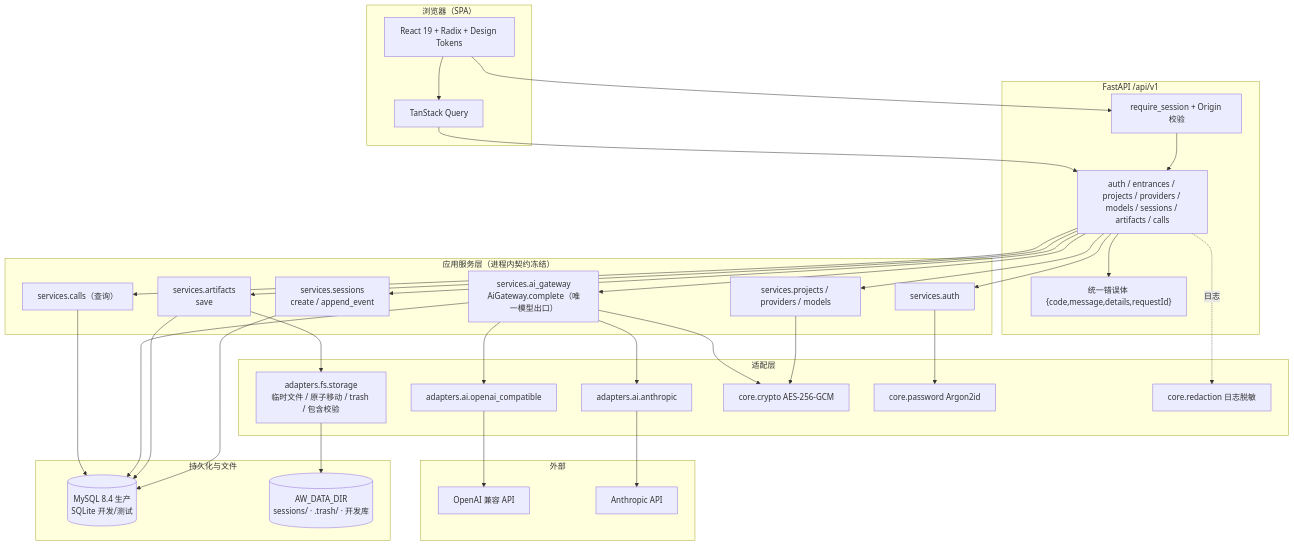
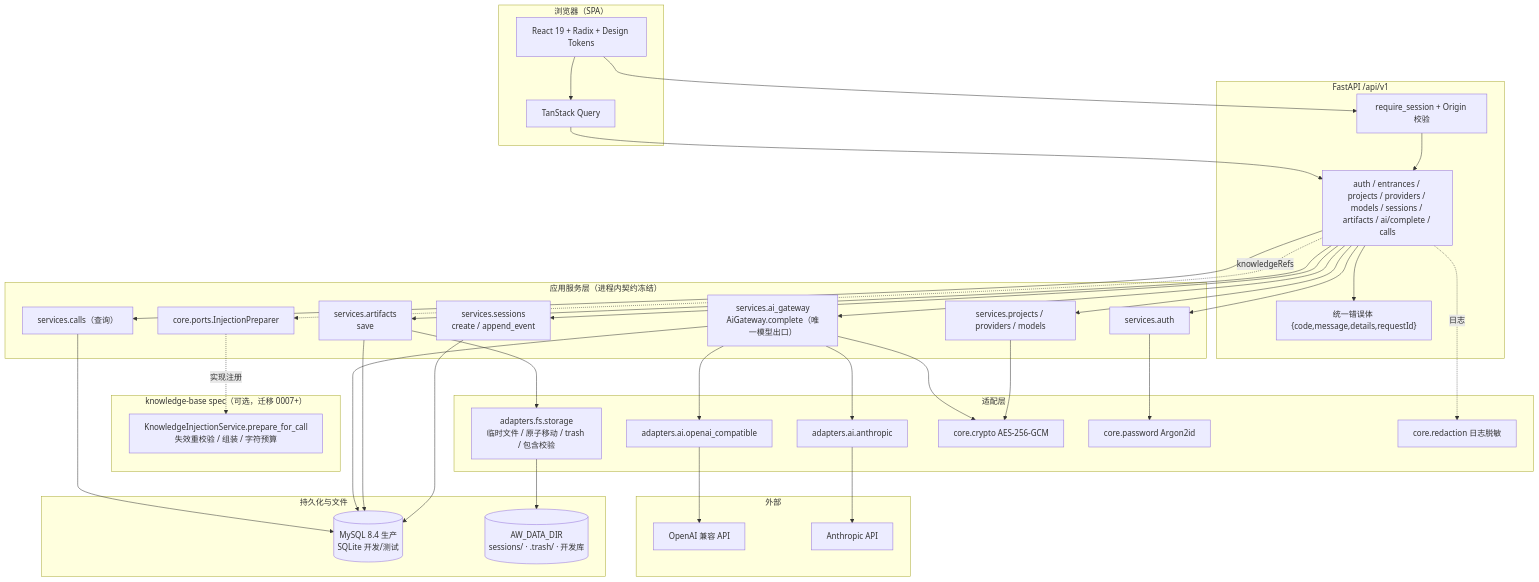
The first of 8 diagrams in specs/ai-test-workbench_20261117184149/technical-design/docs/flowchart.md (alontest/ai-test-workbench), drawn with Mermaid before and after one commit. The commit also changed other lines of this file and 53 other files, not shown here.

````diff
--- a/specs/ai-test-workbench_20261117184149/technical-design/docs/flowchart.md
+++ b/specs/ai-test-workbench_20261117184149/technical-design/docs/flowchart.md
@@ -7,67 +8,74 @@
 ```mermaid
 graph TB
   subgraph Browser["浏览器（SPA）"]
     UI["React 19 + Radix + Design Tokens"]
     Q["TanStack Query"]
     UI --> Q
   end
 
   subgraph API["FastAPI /api/v1"]
     AUTHMW["require_session + Origin 校验"]
-    ROUTES["auth / entrances / projects / providers / models / sessions / artifacts / calls"]
+    ROUTES["auth / entrances / projects / providers / models / sessions / artifacts / ai/complete / calls"]
     ERR["统一错误体 {code,message,details,requestId}"]
     AUTHMW --> ROUTES
     ROUTES --> ERR
   end
 
   subgraph Services["应用服务层（进程内契约冻结）"]
     SA["services.auth"]
     SP["services.projects / providers / models"]
     SS["services.sessions<br/>create / append_event"]
     SAR["services.artifacts<br/>save"]
     AG["services.ai_gateway<br/>AiGateway.complete（唯一模型出口）"]
     SC["services.calls（查询）"]
+    PORT["core.ports.InjectionPreparer"]
+  end
+
+  subgraph KB["knowledge-base spec（可选，迁移 0007+）"]
+    KBS["KnowledgeInjectionService.prepare_for_call<br/>失效重校验 / 组装 / 字符预算"]
   end
 
   subgraph Adapters["适配层"]
     AIO["adapters.ai.openai_compatible"]
     AIA["adapters.ai.anthropic"]
     FS["adapters.fs.storage<br/>临时文件 / 原子移动 / trash / 包含校验"]
     CR["core.crypto AES-256-GCM"]
     PW["core.password Argon2id"]
     RD["core.redaction 日志脱敏"]
   end
 
   subgraph Data["持久化与文件"]
     DB[("MySQL 8.4 生产<br/>SQLite 开发/测试")]
     DISK[("AW_DATA_DIR<br/>sessions/ · .trash/ · 开发库")]
   end
 
   subgraph External["外部"]
     OAI["OpenAI 兼容 API"]
     ANT["Anthropic API"]
   end
 
   UI --> AUTHMW
   Q --> ROUTES
   ROUTES --> SA
   ROUTES --> SP
   ROUTES --> SS
   ROUTES --> SAR
   ROUTES --> AG
   ROUTES --> SC
+  ROUTES -. knowledgeRefs .-> PORT
+  PORT -. 实现注册 .-> KBS
   SA --> PW
   SP --> CR
   SS --> DB
   SAR --> FS
   SAR --> DB
   AG --> CR
   AG --> AIO
   AG --> AIA
   AG --> DB
   SC --> DB
   AIO --> OAI
   AIA --> ANT
   FS --> DISK
   ROUTES -. 日志 .-> RD
 ```
````
